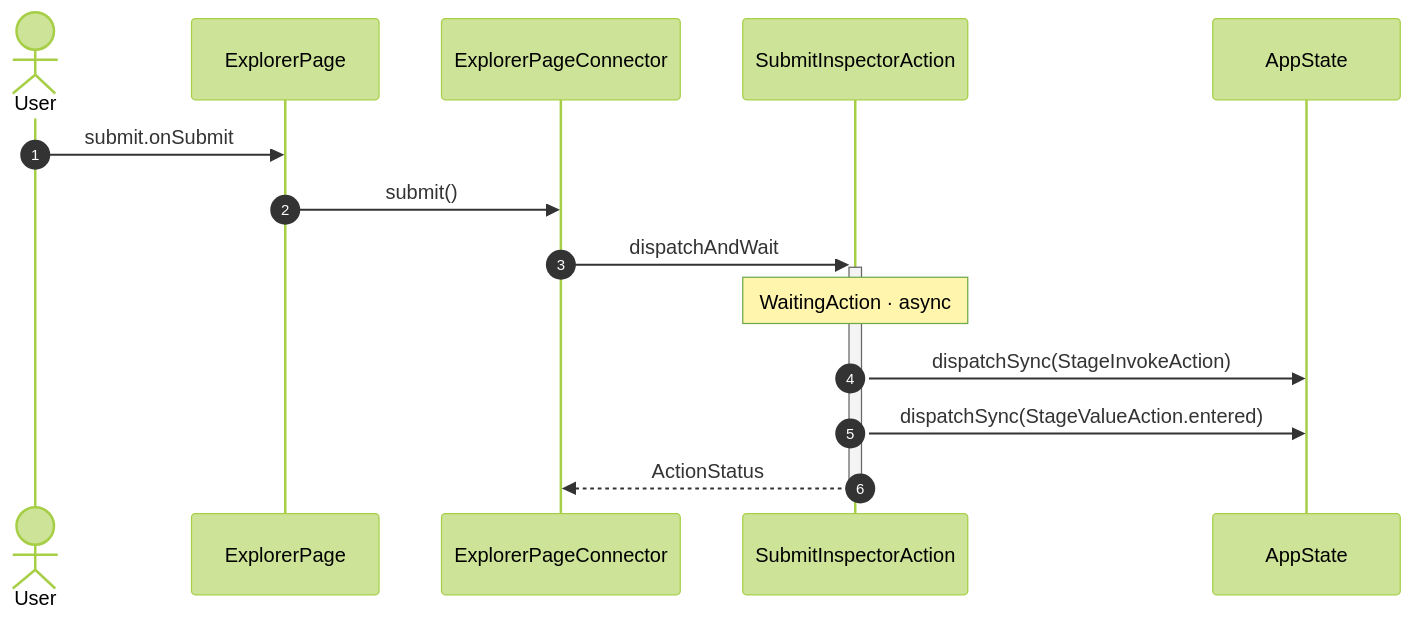
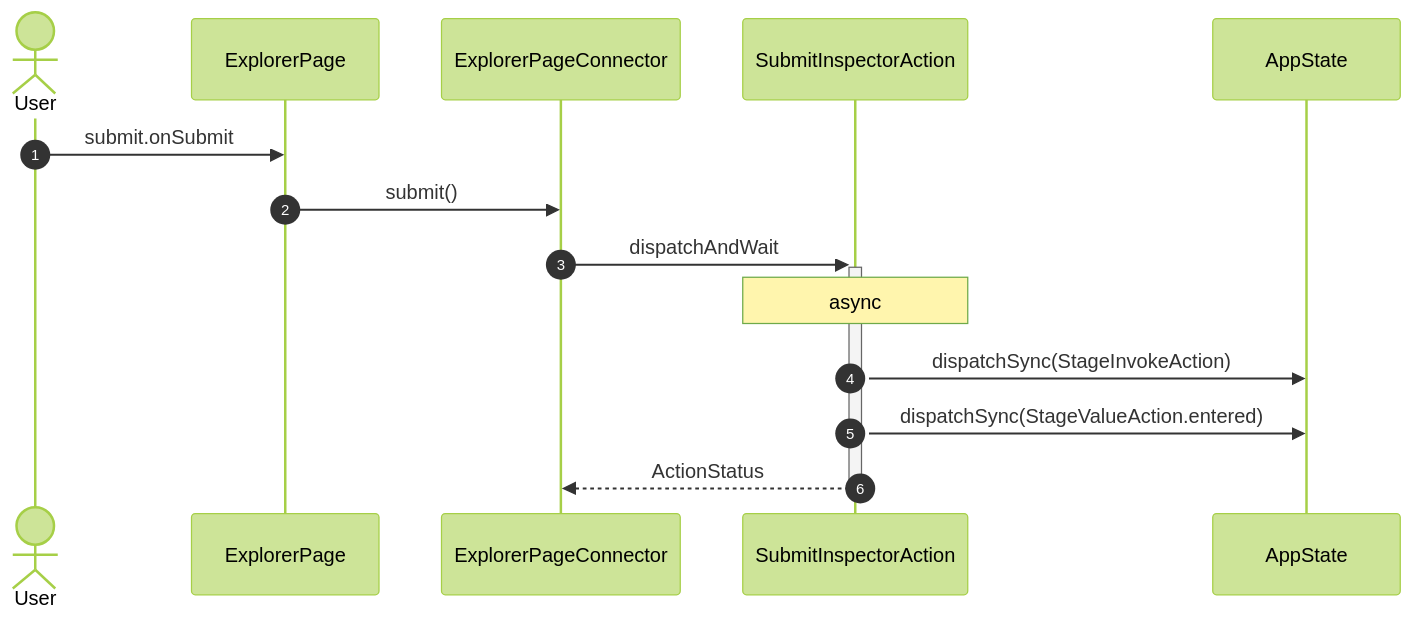
One commit to gencto/wyrm changed the first of 58 diagrams in studio/docs/flows/explorer.md. Above: the diagram before and after it, drawn with Mermaid (forest theme). The commit also changed 83 other files, not shown here.

````diff
--- a/studio/docs/flows/explorer.md
+++ b/studio/docs/flows/explorer.md
@@ -9,17 +9,17 @@
 ```mermaid
 sequenceDiagram
     autonumber
     actor User
     participant UI as ExplorerPage
     participant VM as ExplorerPageConnector
     participant A1 as SubmitInspectorAction
     participant ST as AppState
 
     User->>UI: submit.onSubmit
     UI->>VM: submit()
     VM->>+A1: dispatchAndWait
-    Note over A1: WaitingAction · async
+    Note over A1: async
     A1->>ST: dispatchSync(StageInvokeAction)
     A1->>ST: dispatchSync(StageValueAction.entered)
     A1-->>-VM: ActionStatus
 ```
````
